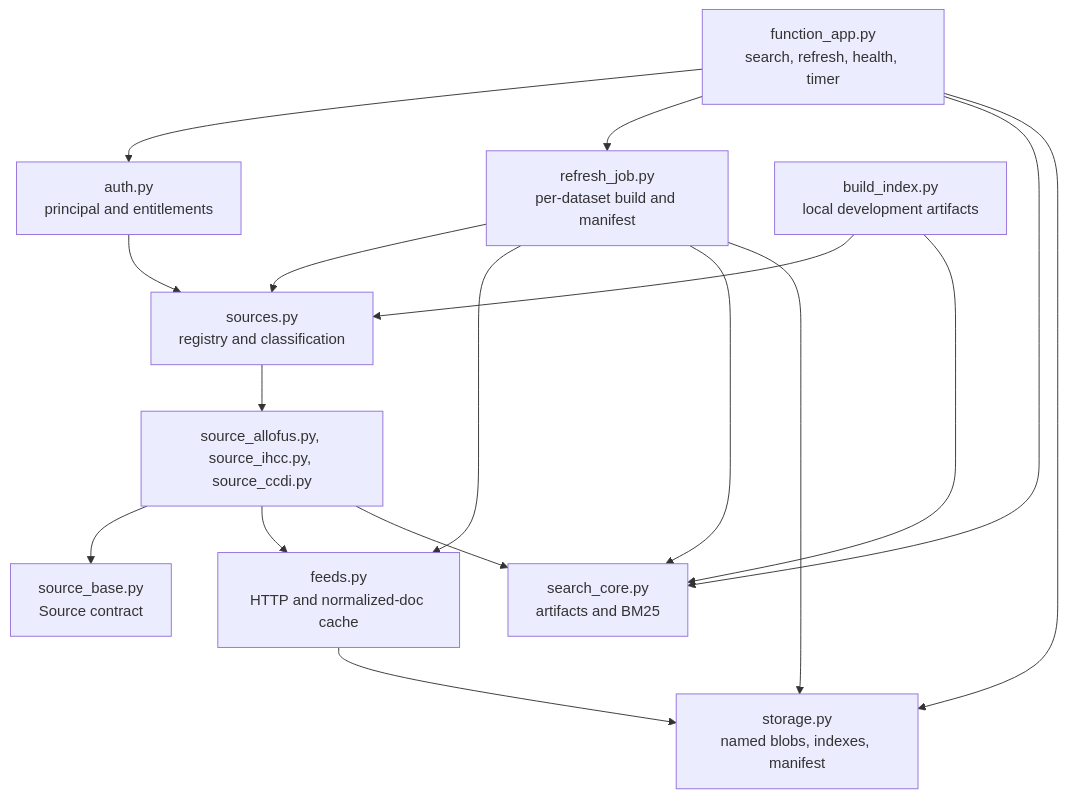
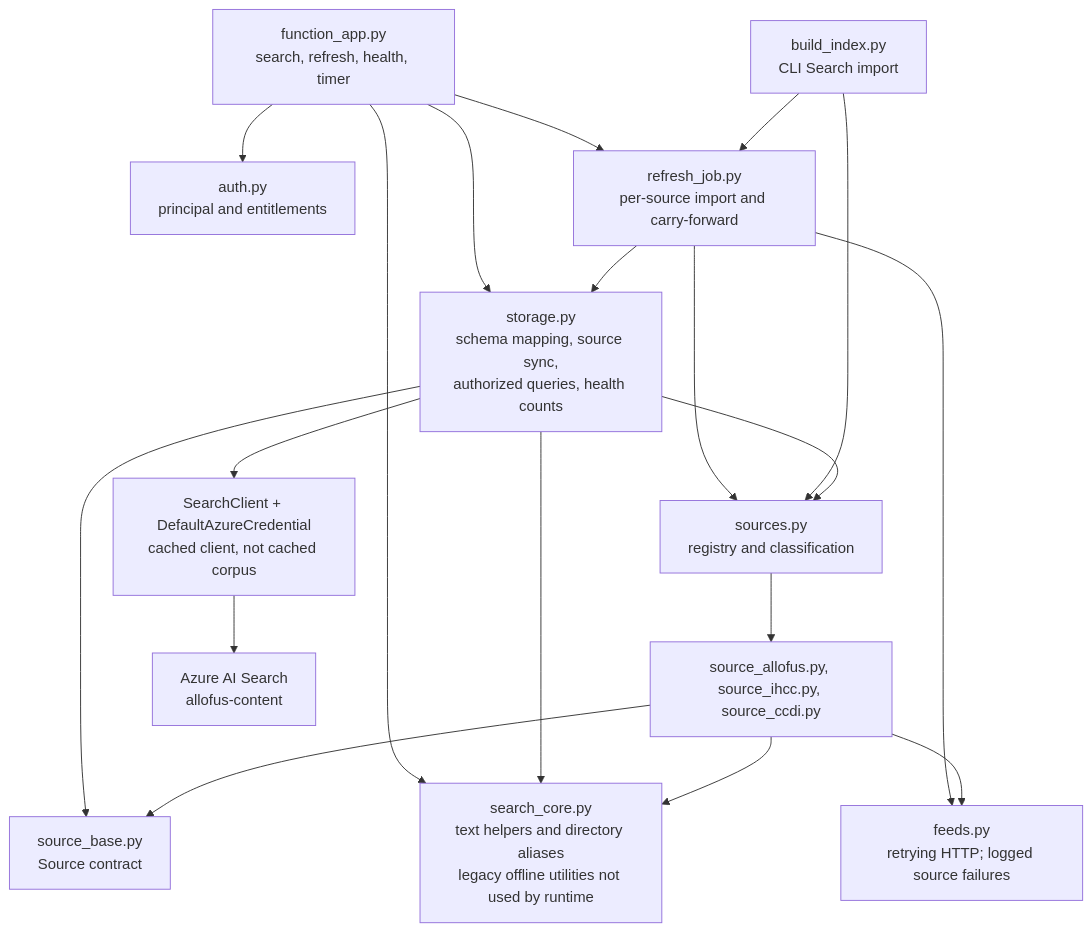
The diagram in docs/diagrams/2-module-map.mmd (SteveCInVA/AllofUs-Agent), drawn with Mermaid before and after one commit. The commit also changed 15 other files, not shown here.

Commit message:
fixes to diagrams

```diff
--- a/docs/diagrams/2-module-map.mmd
+++ b/docs/diagrams/2-module-map.mmd
@@ -1,27 +1,31 @@
 flowchart TB
     FA["function_app.py<br/>search, refresh, health, timer"]
     AUTH["auth.py<br/>principal and entitlements"]
-    RJ["refresh_job.py<br/>per-dataset build and manifest"]
-    BI["build_index.py<br/>local development artifacts"]
+    RJ["refresh_job.py<br/>per-source import and carry-forward"]
+    BI["build_index.py<br/>CLI Search import"]
     REG["sources.py<br/>registry and classification"]
     SRC["source_allofus.py, source_ihcc.py, source_ccdi.py"]
     SB["source_base.py<br/>Source contract"]
-    FEED["feeds.py<br/>HTTP and normalized-doc cache"]
-    SC["search_core.py<br/>artifacts and BM25"]
-    ST["storage.py<br/>named blobs, indexes, manifest"]
+    FEED["feeds.py<br/>retrying HTTP; logged source failures"]
+    SC["search_core.py<br/>text helpers and directory aliases<br/>legacy offline utilities not used by runtime"]
+    ST["storage.py<br/>schema mapping, source sync,<br/>authorized queries, health counts"]
+    SDK["SearchClient + DefaultAzureCredential<br/>cached client, not cached corpus"]
+    IDX["Azure AI Search<br/>allofus-content"]
     FA --> AUTH
     FA --> RJ
     FA --> SC
     FA --> ST
-    AUTH --> REG
     RJ --> REG
     RJ --> FEED
-    RJ --> SC
     RJ --> ST
     BI --> REG
-    BI --> SC
+    BI --> RJ
+    ST --> REG
+    ST --> SB
+    ST --> SC
+    ST --> SDK
+    SDK --> IDX
     REG --> SRC
     SRC --> SB
     SRC --> FEED
     SRC --> SC
-    FEED --> ST
```
